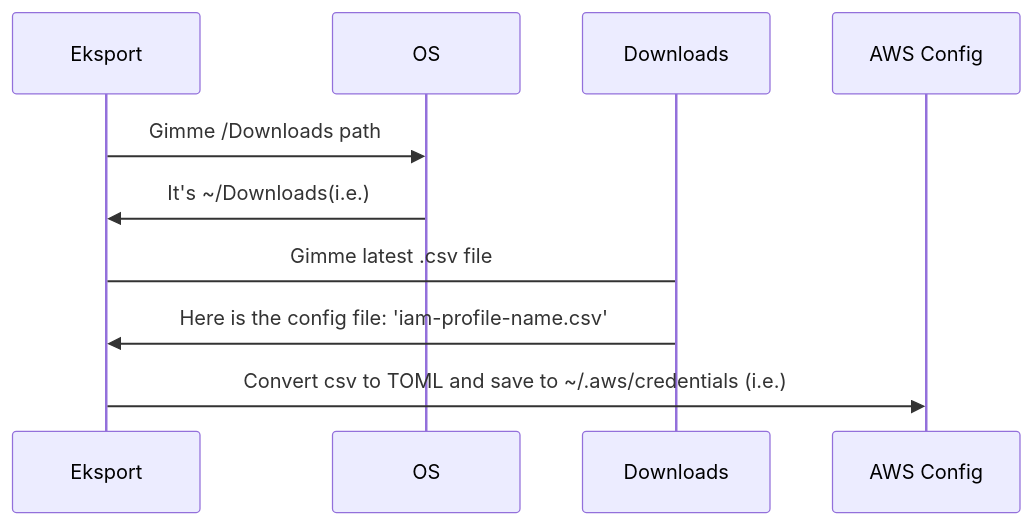
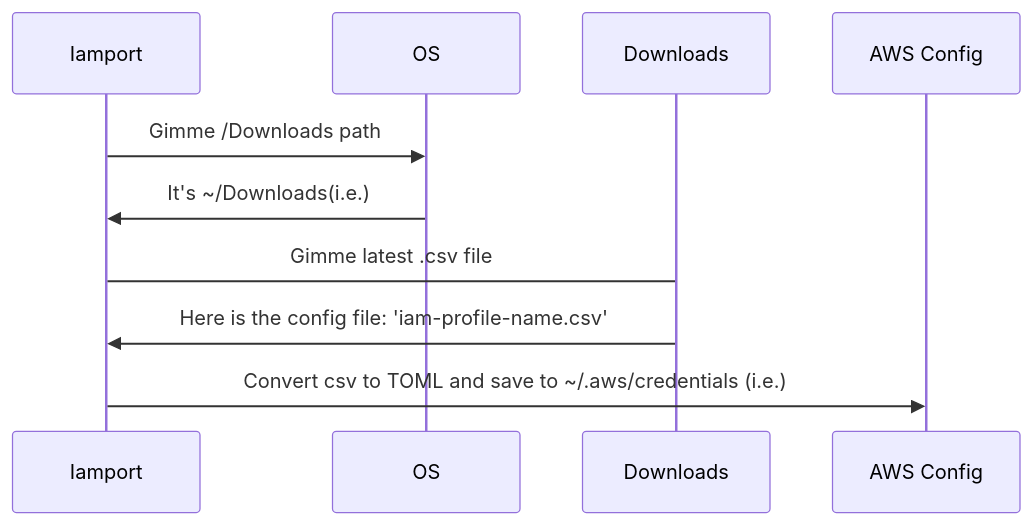
One commit to ugurcemozturk/iamport changed the diagram in Readme.md. Above: the diagram before and after it, drawn with Mermaid. The commit also changed other lines of this file, not shown here.

````diff
--- a/Readme.md
+++ b/Readme.md
@@ -28,8 +28,8 @@
 ```mermaid
 sequenceDiagram
-Eksport ->> OS: Gimme /Downloads path
-OS->>Eksport: It's ~/Downloads(i.e.)
-Eksport-> Downloads: Gimme latest .csv file
-Downloads->> Eksport: Here is the config file: 'iam-profile-name.csv'
-Eksport->> AWS Config: Convert csv to TOML and save to ~/.aws/credentials (i.e.)
+Iamport ->> OS: Gimme /Downloads path
+OS->>Iamport: It's ~/Downloads(i.e.)
+Iamport-> Downloads: Gimme latest .csv file
+Downloads->> Iamport: Here is the config file: 'iam-profile-name.csv'
+Iamport->> AWS Config: Convert csv to TOML and save to ~/.aws/credentials (i.e.)
 ```
````
